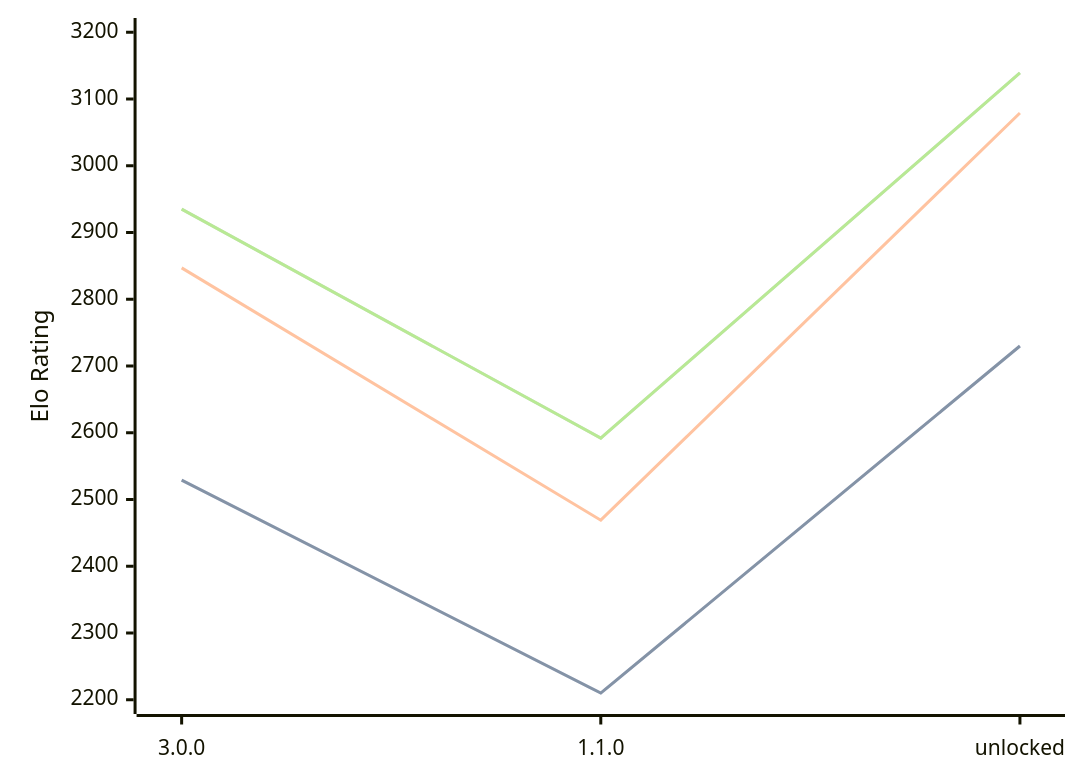
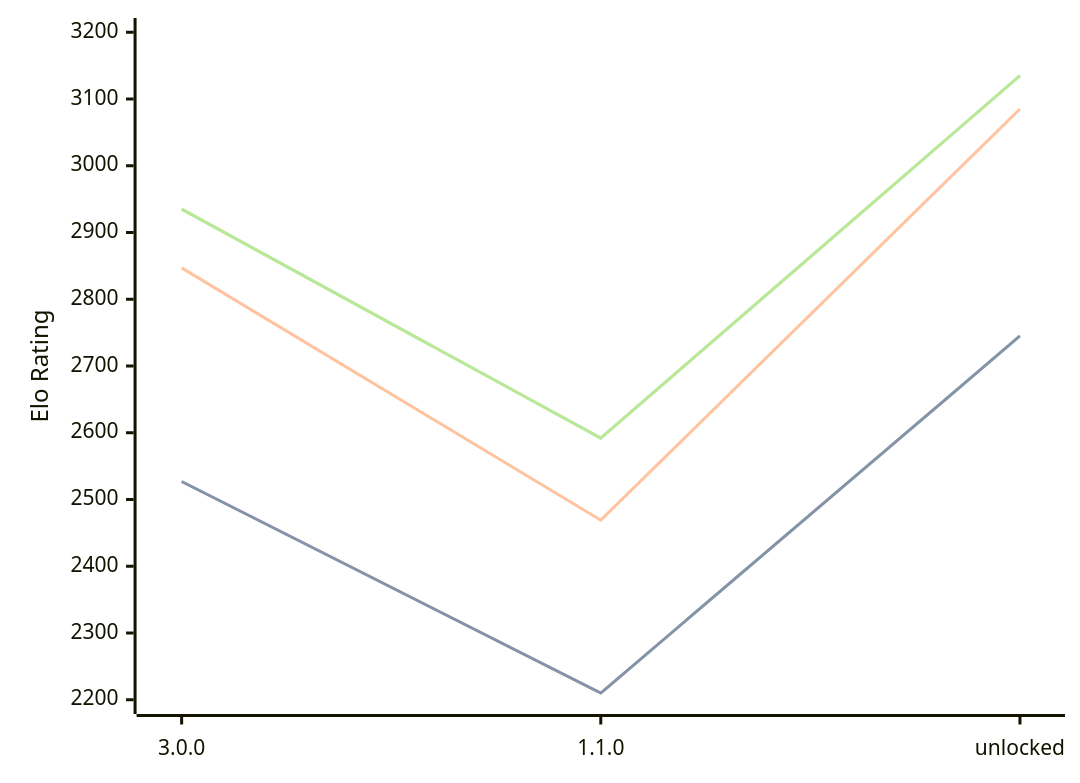
The diagram in engines/Potential.md (computer-chess-index/cci), drawn with Mermaid before and after one commit. The commit also changed other lines of this file, not shown here.

Commit message:
Update CCI Ratings (ELO VLTC) - 2026-08-03

````diff
--- a/engines/Potential.md
+++ b/engines/Potential.md
@@ -35,11 +35,11 @@
 ```mermaid
 %%{init: {"theme":"base","themeVariables":{"seriesColors:['#a3a3a3','#222221','#faa371']}}}%%
 xychart-beta
   x-axis ["3.0.0", "1.1.0", "unlocked"]
   y-axis "Elo Rating" 2200 --> 3200
-  line "STC (8.0+0.08s)" [2529, 2210, 2730]
-  line "STC (8.0+0.08s)" [2529, 2210, 2730]
-  line "LTC (60.0+0.60s)" [2847, 2469, 3079]
-  line "VLTC (2m24s+1.12s)" [2935, 2592, 3139]
-  line "VLTC (2m24s+1.12s)" [2935, 2592, 3139]
+  line "STC (8.0+0.08s)" [2527, 2210, 2745]
+  line "STC (8.0+0.08s)" [2527, 2210, 2745]
+  line "LTC (60.0+0.60s)" [2847, 2469, 3085]
+  line "VLTC (2m24s+1.12s)" [2935, 2592, 3135]
+  line "VLTC (2m24s+1.12s)" [2935, 2592, 3135]
 ```
````
